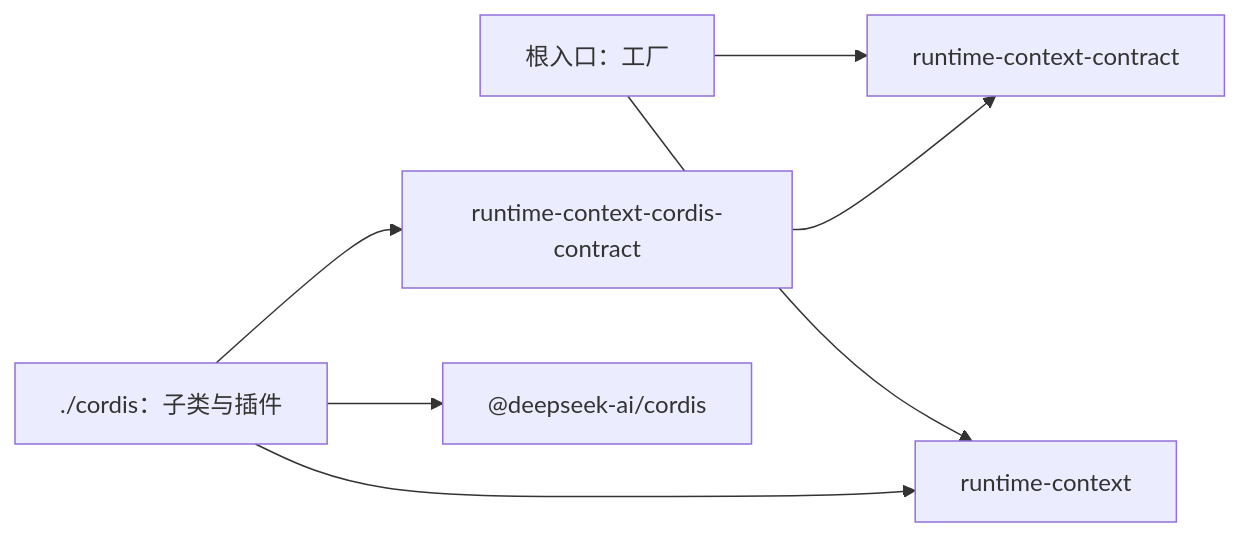
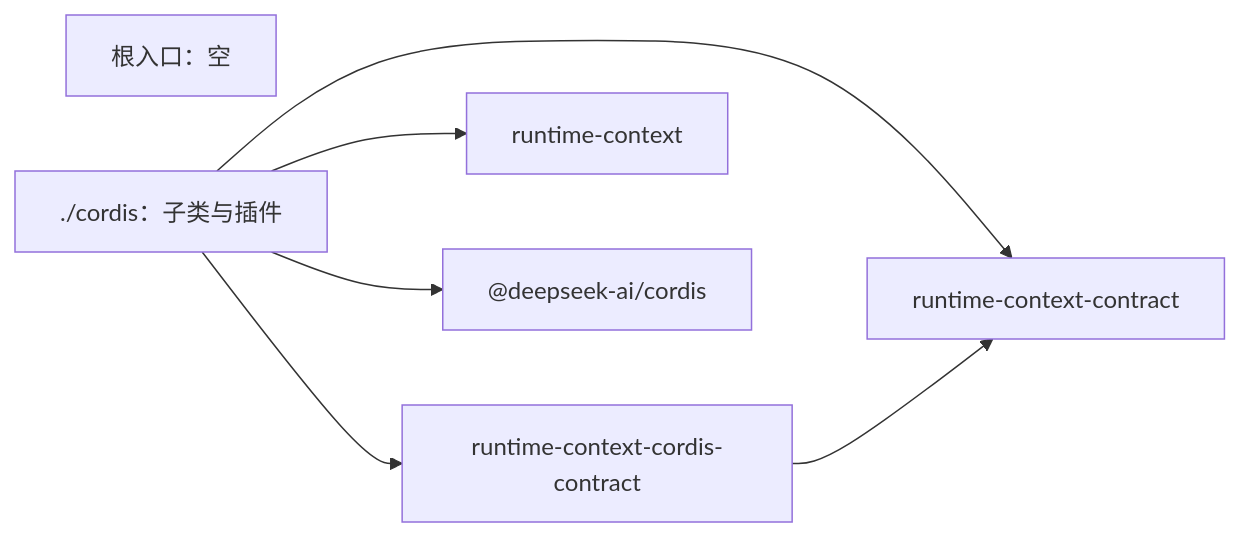
The diagram in packages/context/runtime-context-cordis/docs/architecture.md (nemori-ai/omne-harness-lite), drawn with Mermaid before and after one commit. The commit also changed other lines of this file and 68 other files, not shown here.

First line of the commit message:
docs(context): 成员选择型评审处置：资格表、提交顺序、块材料归调用方与 Cordis 路径端口

````diff
--- a/packages/context/runtime-context-cordis/docs/architecture.md
+++ b/packages/context/runtime-context-cordis/docs/architecture.md
@@ -23,9 +23,9 @@
 ```mermaid
 flowchart LR
-  Root[根入口：工厂] --> RCI[runtime-context]
-  Root --> RCC[runtime-context-contract]
+  Root[根入口：空]
   Cordis[./cordis：子类与插件] --> RCD[runtime-context-cordis-contract]
-  Cordis --> RCI
+  Cordis --> RCI[runtime-context]
+  Cordis --> RCC[runtime-context-contract]
   Cordis --> Lib["@deepseek-ai/cordis"]
   RCD --> RCC
 ```
````
